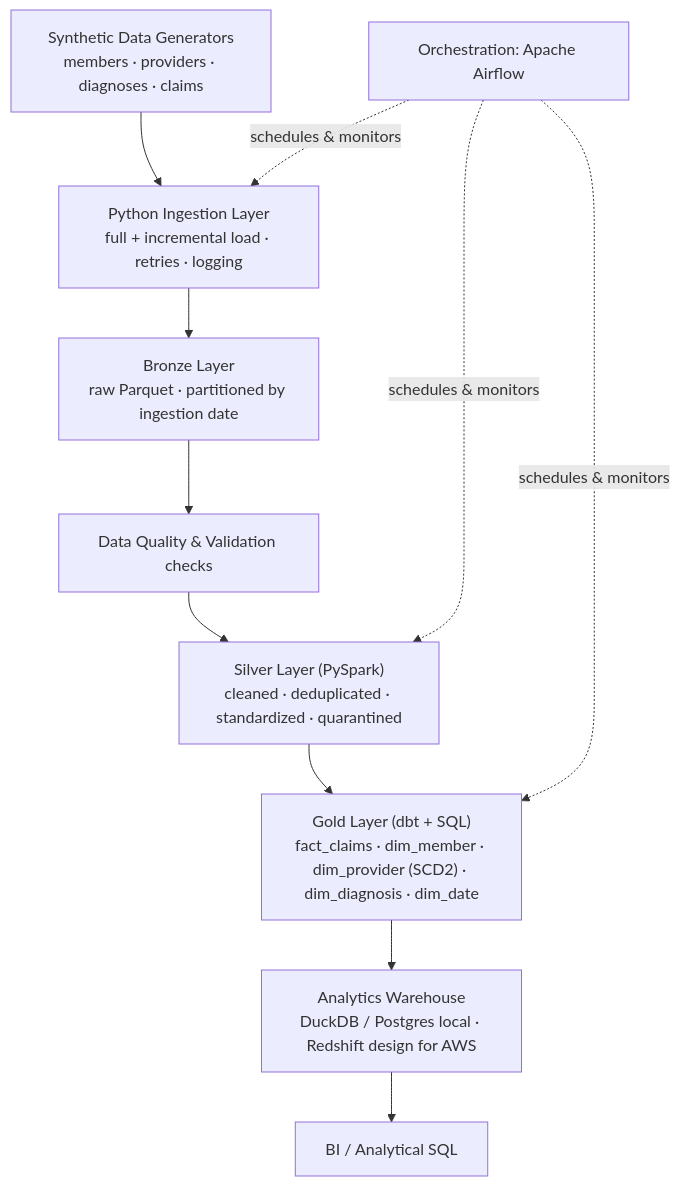
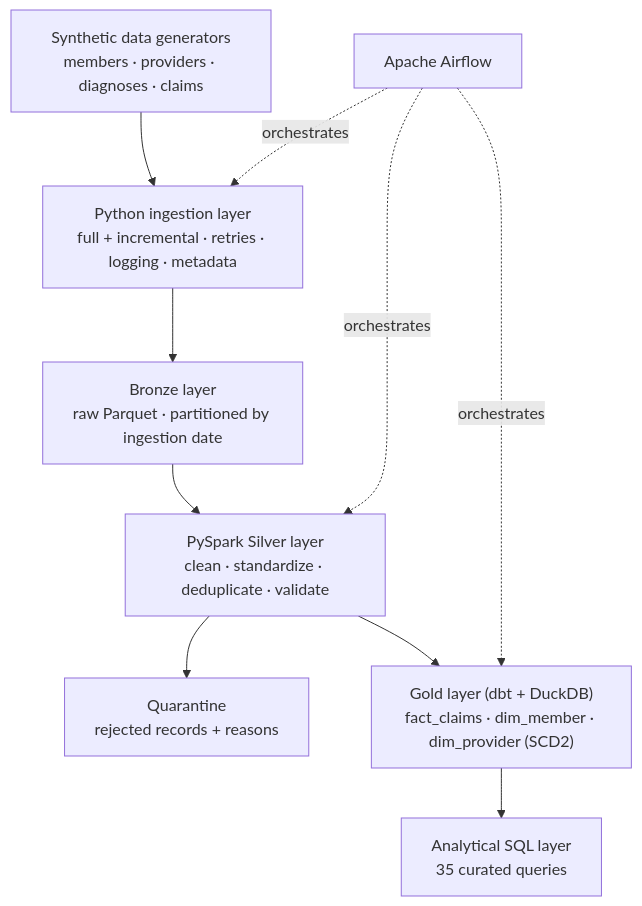
Before and after one commit to Gundabathina/claimslake: the first of 4 diagrams in README.md, drawn with Mermaid. The commit also changed other lines of this file, not shown here.

Commit message:
docs: rewrite README (accurate roadmap, dbt-duckdb, badges, Mermaid diagrams)

````diff
--- a/README.md
+++ b/README.md
@@ -47,14 +25,12 @@
 ```mermaid
 flowchart TD
-    A["Synthetic Data Generators<br/>members · providers · diagnoses · claims"] --> B["Python Ingestion Layer<br/>full + incremental load · retries · logging"]
-    B --> C["Bronze Layer<br/>raw Parquet · partitioned by ingestion date"]
-    C --> D["Data Quality &amp; Validation checks"]
-    D --> E["Silver Layer (PySpark)<br/>cleaned · deduplicated · standardized · quarantined"]
-    E --> F["Gold Layer (dbt + SQL)<br/>fact_claims · dim_member · dim_provider (SCD2) · dim_diagnosis · dim_date"]
-    F --> G["Analytics Warehouse<br/>DuckDB / Postgres local · Redshift design for AWS"]
-    G --> H["BI / Analytical SQL"]
-
-    O["Orchestration: Apache Airflow"] -. schedules & monitors .-> B
-    O -. schedules & monitors .-> E
-    O -. schedules & monitors .-> F
+  A["Synthetic data generators<br/>members · providers · diagnoses · claims"] --> B["Python ingestion layer<br/>full + incremental · retries · logging · metadata"]
+  B --> C["Bronze layer<br/>raw Parquet · partitioned by ingestion date"]
+  C --> D["PySpark Silver layer<br/>clean · standardize · deduplicate · validate"]
+  D --> Q["Quarantine<br/>rejected records + reasons"]
+  D --> E["Gold layer (dbt + DuckDB)<br/>fact_claims · dim_member · dim_provider (SCD2)"]
+  E --> F["Analytical SQL layer<br/>35 curated queries"]
+  O["Apache Airflow"] -. orchestrates .-> B
+  O -. orchestrates .-> D
+  O -. orchestrates .-> E
 ```
````
